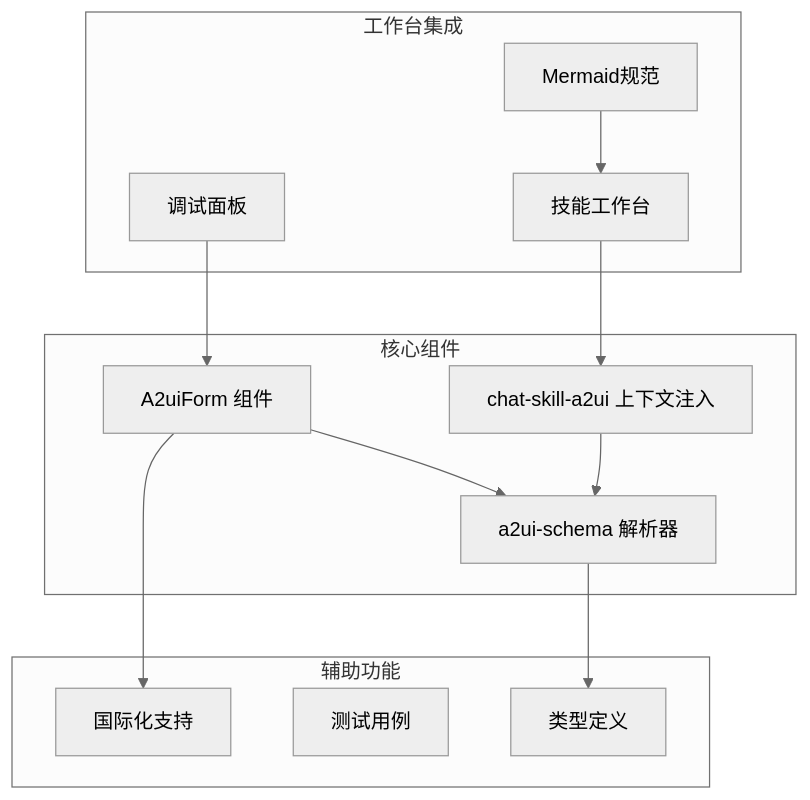
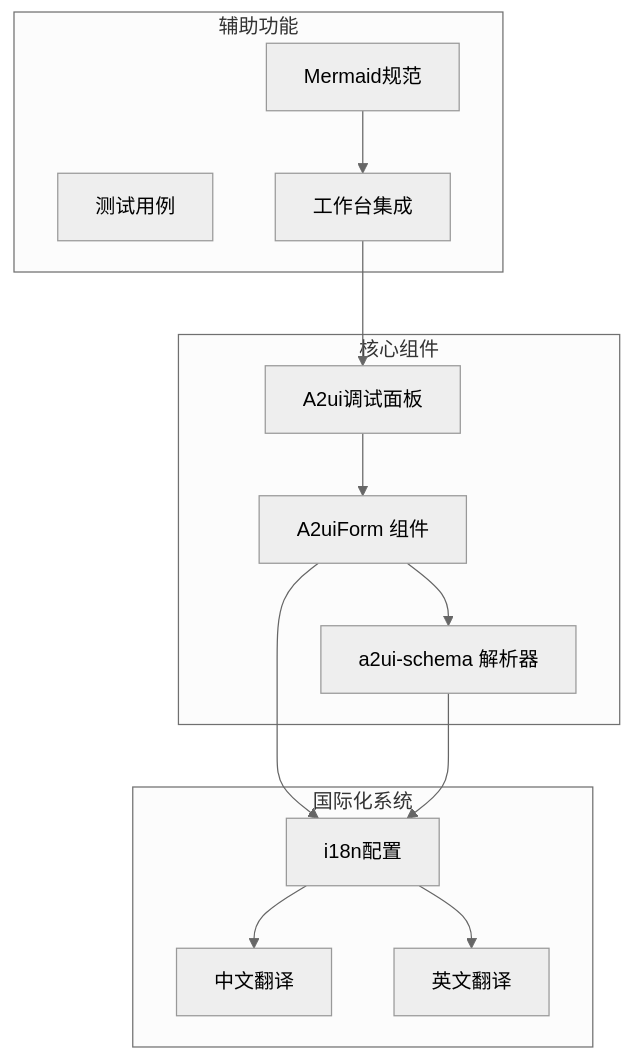
One commit to WW-AI-Lab/openclaw-office changed the first of 6 diagrams in .qoder/repowiki/zh/content/项目概述/核心功能介绍/控制台管理界面/Skills技能管理/A2UI输入表单系统.md. Above: the diagram before and after it, drawn with Mermaid (neutral theme). The commit also changed other lines of this file and 5 other files, not shown here.

````diff
--- a/.qoder/repowiki/zh/content/项目概述/核心功能介绍/控制台管理界面/Skills技能管理/A2UI输入表单系统.md
+++ b/.qoder/repowiki/zh/content/项目概述/核心功能介绍/控制台管理界面/Skills技能管理/A2UI输入表单系统.md
@@ -45,25 +46,26 @@
 ```mermaid
 graph TB
 subgraph "核心组件"
 A[A2uiForm 组件]
 B[a2ui-schema 解析器]
-C[chat-skill-a2ui 上下文注入]
+C[A2ui调试面板]
+end
+subgraph "国际化系统"
+D[i18n配置]
+E[中文翻译]
+F[英文翻译]
 end
 subgraph "辅助功能"
-D[国际化支持]
-E[测试用例]
-F[类型定义]
-end
-subgraph "工作台集成"
-G[技能工作台]
-H[调试面板]
+G[测试用例]
+H[工作台集成]
 I[Mermaid规范]
 end
 A --> B
-C --> B
+C --> A
 A --> D
-B --> F
-G --> C
-H --> A
-I --> G
+B --> D
+D --> E
+D --> F
+H --> C
+I --> H
 ```
````
